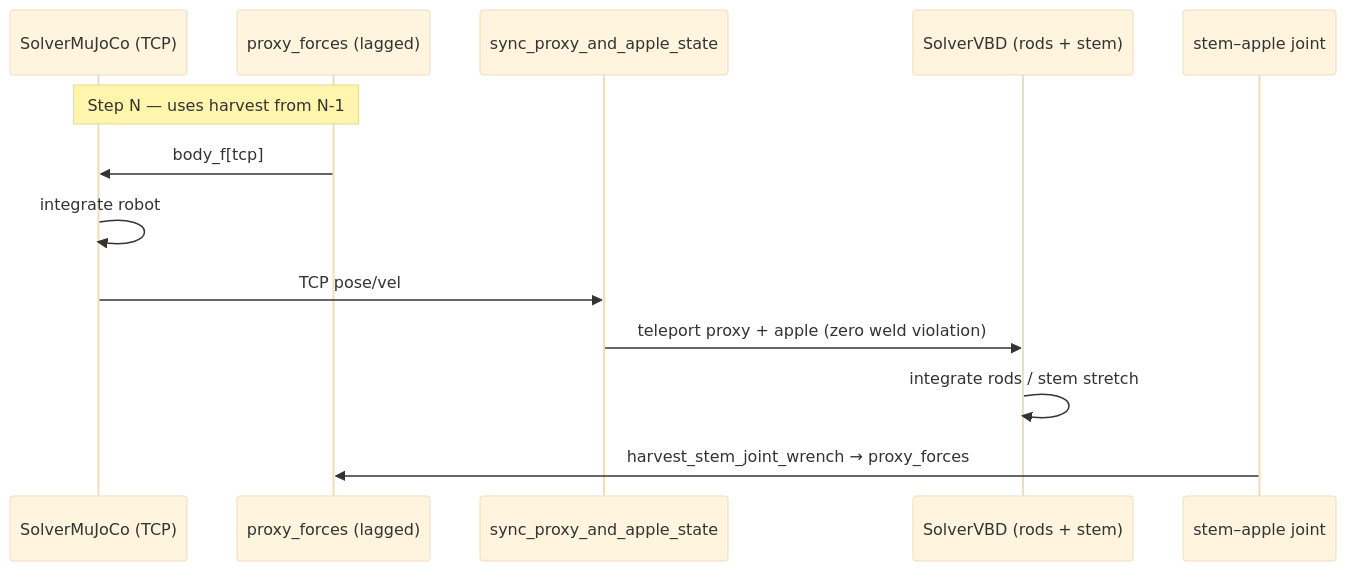
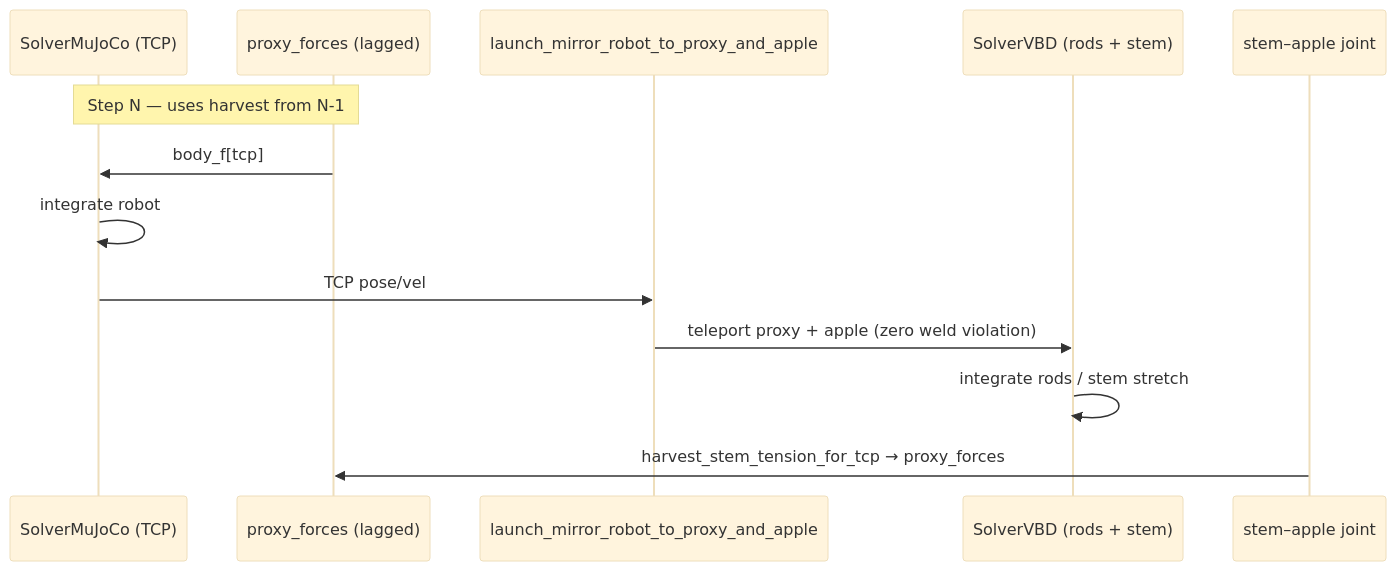
Before and after one commit to abhinavj98/apple_pick_sim: the first of 2 diagrams in docs/mujoco-vbd-coupling-architecture.md, drawn with Mermaid (base theme). The commit also changed other lines of this file and 57 other files, not shown here.

````diff
--- a/docs/mujoco-vbd-coupling-architecture.md
+++ b/docs/mujoco-vbd-coupling-architecture.md
@@ -175,16 +175,16 @@
 ```mermaid
 sequenceDiagram
     participant MJ as SolverMuJoCo (TCP)
     participant PF as proxy_forces (lagged)
-    participant Sync as sync_proxy_and_apple_state
+    participant Sync as launch_mirror_robot_to_proxy_and_apple
     participant VBD as SolverVBD (rods + stem)
     participant Stem as stem–apple joint
 
   Note over PF,MJ: Step N — uses harvest from N-1
     PF->>MJ: body_f[tcp]
     MJ->>MJ: integrate robot
     MJ->>Sync: TCP pose/vel
     Sync->>VBD: teleport proxy + apple (zero weld violation)
     VBD->>VBD: integrate rods / stem stretch
-    Stem->>PF: harvest_stem_joint_wrench → proxy_forces
+    Stem->>PF: harvest_stem_tension_for_tcp → proxy_forces
 ```
````
